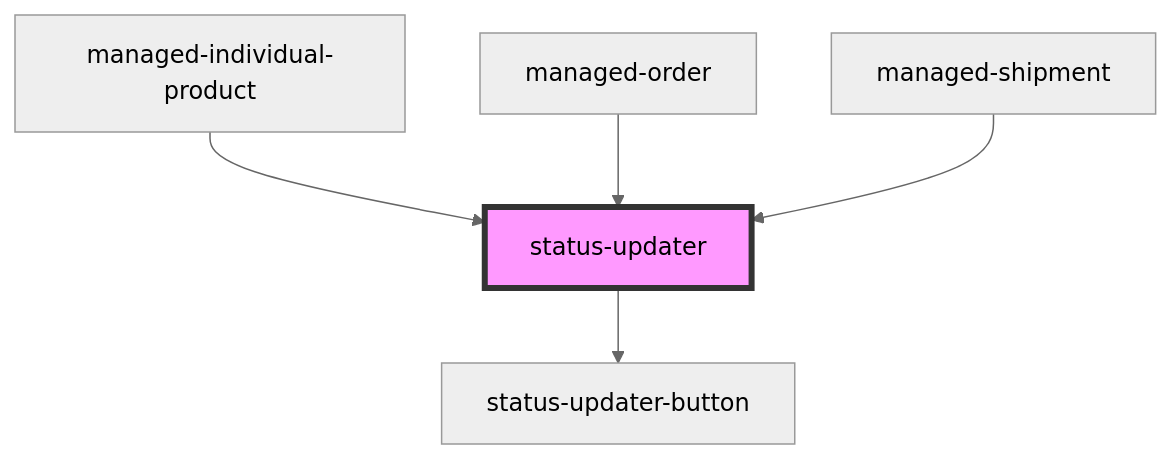
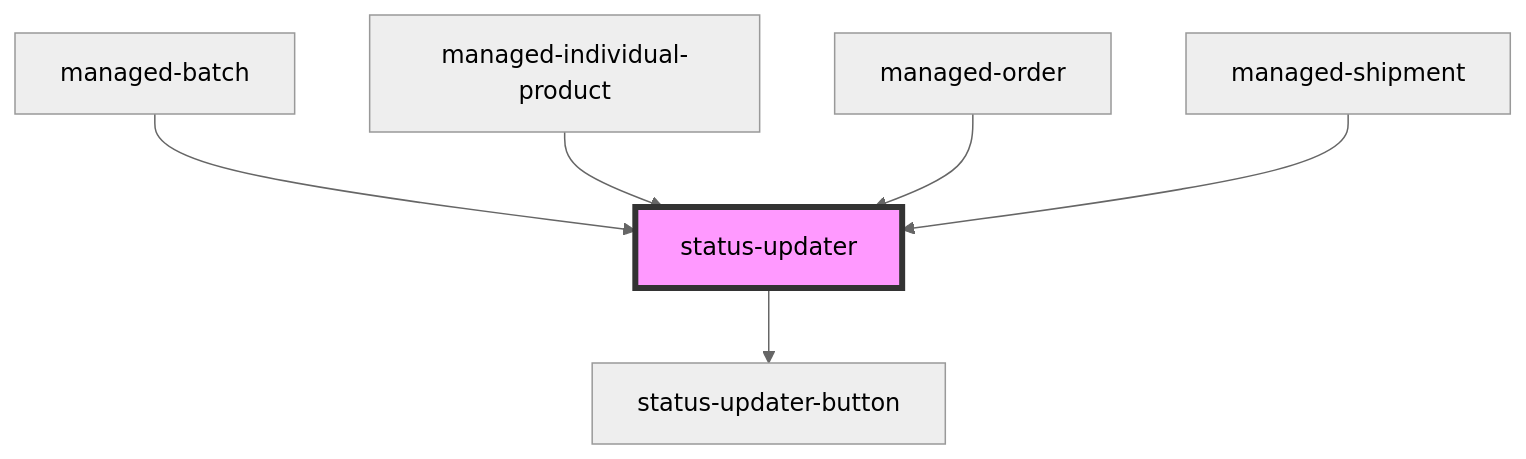
One commit to PharmaLedger-IMI/fgt-workspace changed the diagram in pdm-web-components/src/components/status-updater/readme.md. Above: the diagram before and after it, drawn with Mermaid (neutral theme). The commit also changed other lines of this file and 16 other files, not shown here.

Commit message:
refs #40 - updates batchManager to properly handle status. updates batch web components. adds status badge

````diff
--- a/pdm-web-components/src/components/status-updater/readme.md
+++ b/pdm-web-components/src/components/status-updater/readme.md
@@ -39,8 +40,9 @@
 ```mermaid
 graph TD;
   status-updater --> status-updater-button
+  managed-batch --> status-updater
   managed-individual-product --> status-updater
   managed-order --> status-updater
   managed-shipment --> status-updater
   style status-updater fill:#f9f,stroke:#333,stroke-width:4px
 ```
````
